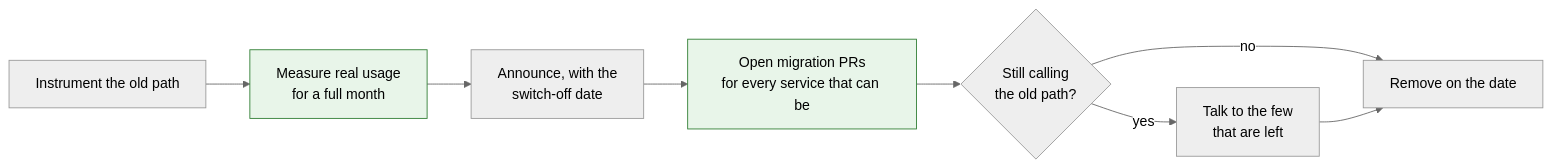
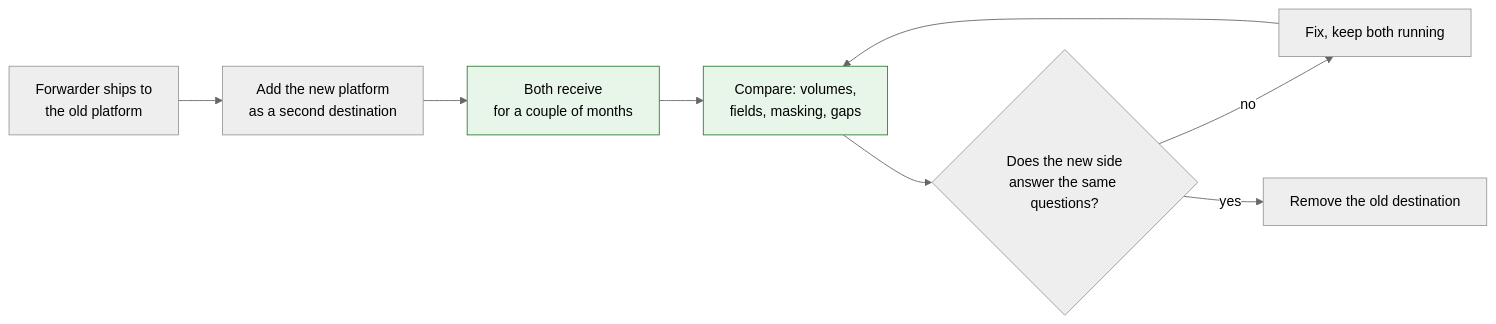
The diagram in docs/blog/posts/2026-09-21-deprecating-without-losing-trust.md (vivek-Itp/mydevexblog), drawn with Mermaid (neutral theme) before and after one commit. The commit also changed other lines of this file and 2 other files, not shown here.

Commit message:
Rewrite the deprecation post around the logging platform migration

````diff
--- a/docs/blog/posts/2026-09-21-deprecating-without-losing-trust.md
+++ b/docs/blog/posts/2026-09-21-deprecating-without-losing-trust.md
@@ -69,12 +58,12 @@
 ```mermaid
 flowchart LR
-    A[Instrument the old path] --> B[Measure real usage<br/>for a full month]
-    B --> C[Announce, with the<br/>switch-off date]
-    C --> D[Open migration PRs<br/>for every service that can be]
-    D --> E{Still calling<br/>the old path?}
-    E -->|no| F[Remove on the date]
-    E -->|yes| G[Talk to the few<br/>that are left]
-    G --> F
-    style B fill:#e8f5e9,stroke:#2e7d32
+    A[Forwarder ships to<br/>the old platform] --> B[Add the new platform<br/>as a second destination]
+    B --> C[Both receive<br/>for a couple of months]
+    C --> D[Compare: volumes,<br/>fields, masking, gaps]
+    D --> E{Does the new side<br/>answer the same questions?}
+    E -->|no| F[Fix, keep both running]
+    F --> D
+    E -->|yes| G[Remove the old destination]
+    style C fill:#e8f5e9,stroke:#2e7d32
     style D fill:#e8f5e9,stroke:#2e7d32
 ```
````
